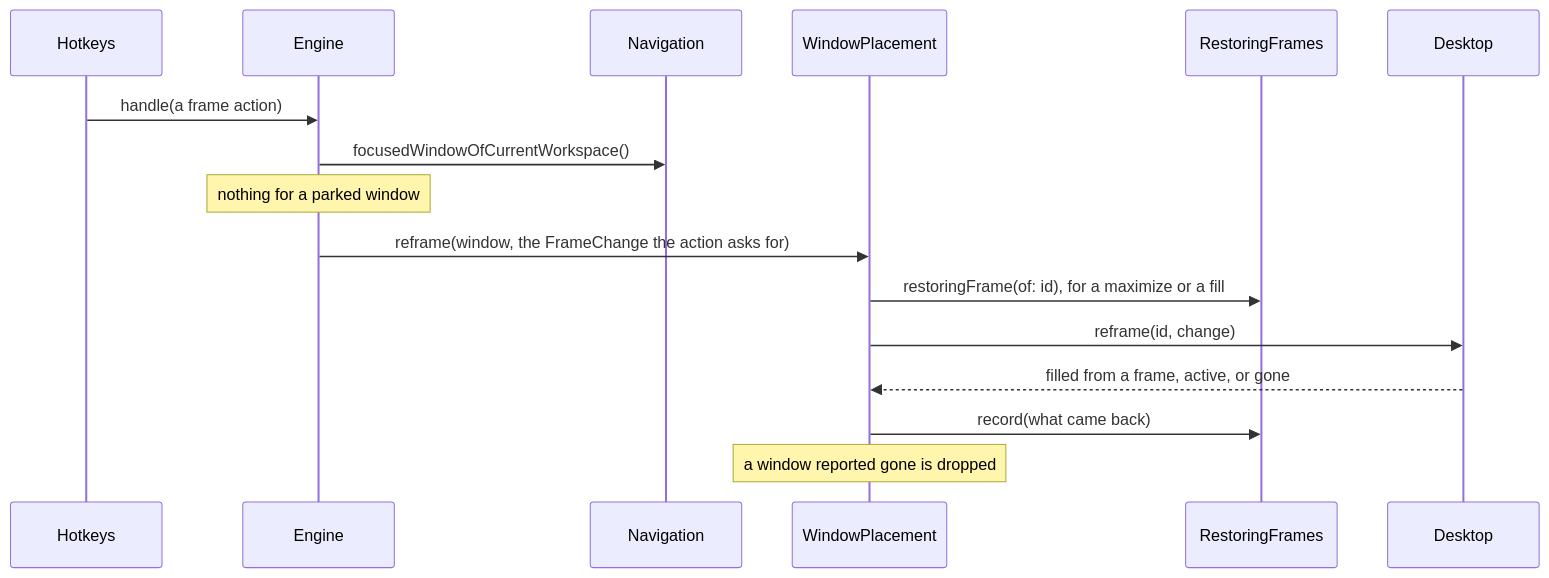
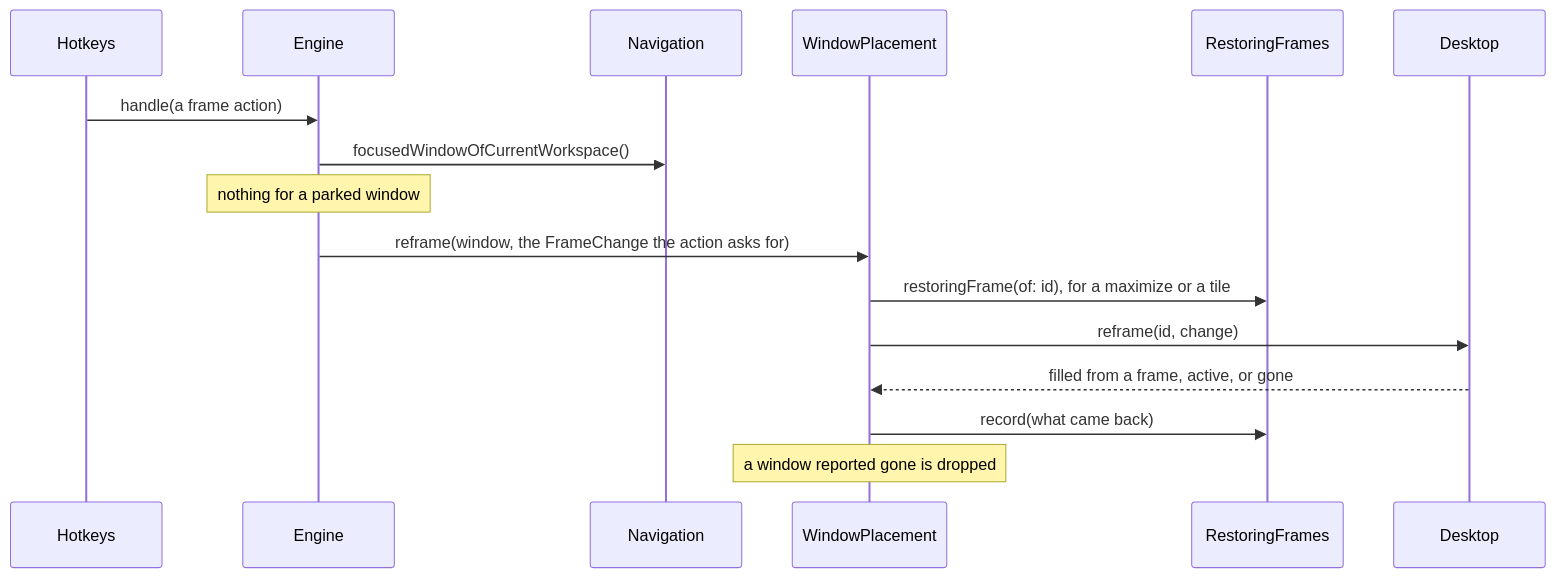
Diagram 11 of 20 in ARCHITECTURE.md (brennovich/ottowm), drawn with Mermaid before and after one commit. The commit also changed other lines of this file and 17 other files, not shown here.

First line of the commit message:
Rename toggle-maximize to maximize and fill to tile

````diff
--- a/ARCHITECTURE.md
+++ b/ARCHITECTURE.md
@@ -304,12 +304,12 @@
 ```mermaid
 sequenceDiagram
     Hotkeys->>Engine: handle(a frame action)
     Engine->>Navigation: focusedWindowOfCurrentWorkspace()
     Note over Engine: nothing for a parked window
     Engine->>WindowPlacement: reframe(window, the FrameChange the action asks for)
-    WindowPlacement->>RestoringFrames: restoringFrame(of: id), for a maximize or a fill
+    WindowPlacement->>RestoringFrames: restoringFrame(of: id), for a maximize or a tile
     WindowPlacement->>Desktop: reframe(id, change)
     Desktop-->>WindowPlacement: filled from a frame, active, or gone
     WindowPlacement->>RestoringFrames: record(what came back)
     Note over WindowPlacement: a window reported gone is dropped
 ```
````
